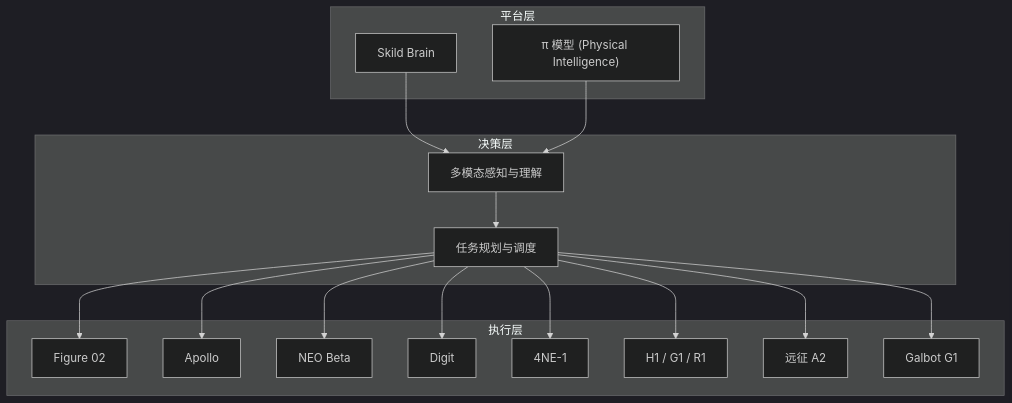
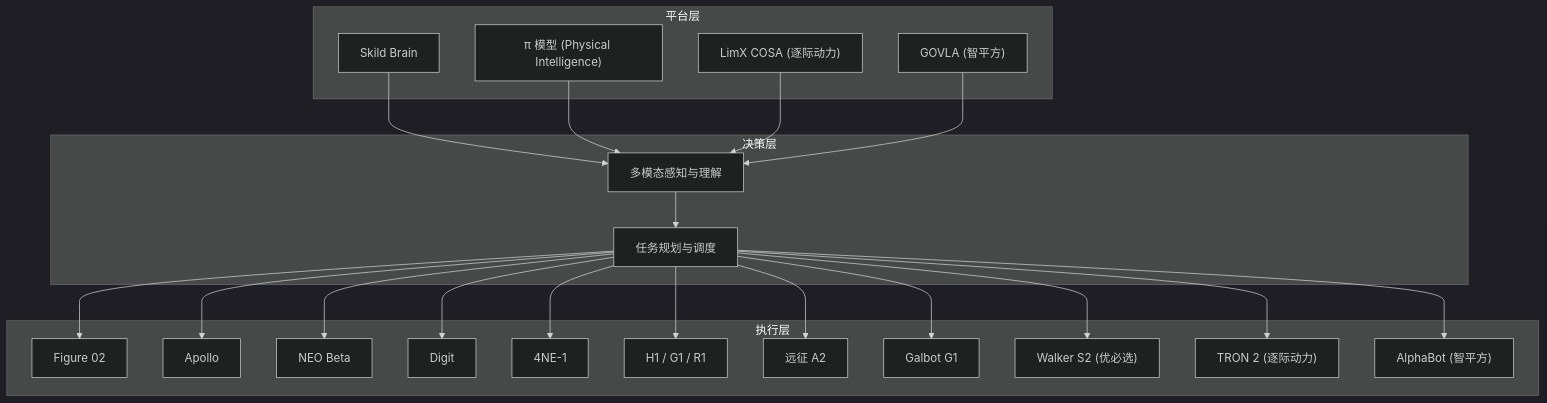
One commit to allengaller/awesome-startups changed the second of 3 diagrams in .qoder/repowiki/zh/content/具身智能 _ 人形机器人.md. Above: the diagram before and after it, drawn with Mermaid (dark theme). The commit also changed other lines of this file and 113 other files, not shown here.

````diff
--- a/.qoder/repowiki/zh/content/具身智能 _ 人形机器人.md
+++ b/.qoder/repowiki/zh/content/具身智能 _ 人形机器人.md
@@ -85,32 +101,42 @@
 ```mermaid
 graph TB
 subgraph "平台层"
 P1["Skild Brain"]
 P2["π 模型 (Physical Intelligence)"]
+P3["LimX COSA (逐际动力)"]
+P4["GOVLA (智平方)"]
 end
 subgraph "决策层"
 D1["多模态感知与理解"]
 D2["任务规划与调度"]
 end
 subgraph "执行层"
 E1["Figure 02"]
 E2["Apollo"]
 E3["NEO Beta"]
 E4["Digit"]
 E5["4NE-1"]
 E6["H1 / G1 / R1"]
 E7["远征 A2"]
 E8["Galbot G1"]
+E9["Walker S2 (优必选)"]
+E10["TRON 2 (逐际动力)"]
+E11["AlphaBot (智平方)"]
 end
 P1 --> D1
 P2 --> D1
+P3 --> D1
+P4 --> D1
 D1 --> D2
 D2 --> E1
 D2 --> E2
 D2 --> E3
 D2 --> E4
 D2 --> E5
 D2 --> E6
 D2 --> E7
 D2 --> E8
+D2 --> E9
+D2 --> E10
+D2 --> E11
 ```
````
